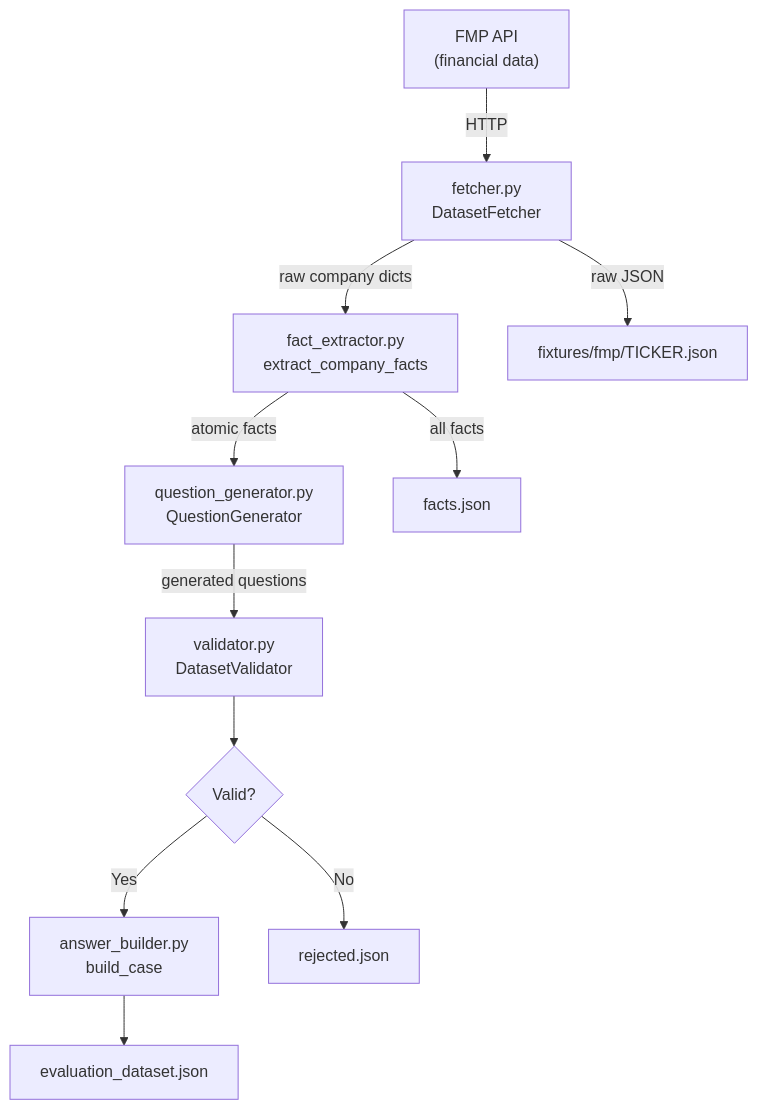
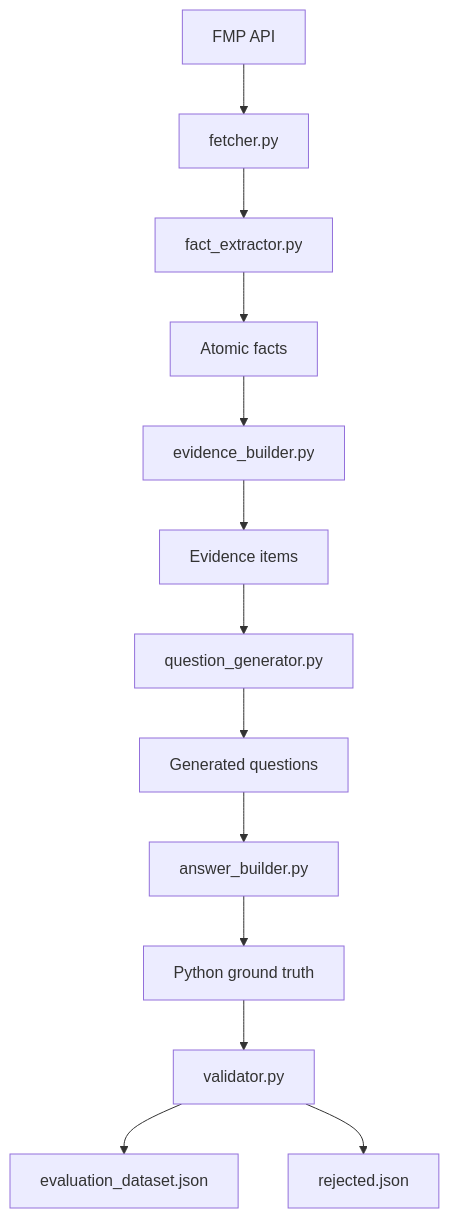
One commit to ankeshwar004/Data_Agent changed the diagram in evals/dataset_generator/README.md. Above: the diagram before and after it, drawn with Mermaid. The commit also changed other lines of this file, not shown here.

Commit message:
Document evidence-based dataset generation architecture

````diff
--- a/evals/dataset_generator/README.md
+++ b/evals/dataset_generator/README.md
@@ -40,13 +10,15 @@
-```mermaid
+~~~mermaid
 flowchart TD
-    A["FMP API\n(financial data)"] -->|HTTP| B["fetcher.py\nDatasetFetcher"]
-    B -->|raw company dicts| C["fact_extractor.py\nextract_company_facts"]
-    C -->|atomic facts| D["question_generator.py\nQuestionGenerator"]
-    D -->|generated questions| E["validator.py\nDatasetValidator"]
-    E --> F{Valid?}
-    F -->|Yes| G["answer_builder.py\nbuild_case"]
-    G --> H["evaluation_dataset.json"]
-    F -->|No| I["rejected.json"]
-    B -->|raw JSON| J["fixtures/fmp/TICKER.json"]
-    C -->|all facts| K["facts.json"]
-```
+    A["FMP API"] --> B["fetcher.py"]
+    B --> C["fact_extractor.py"]
+    C --> D["Atomic facts"]
+    D --> E["evidence_builder.py"]
+    E --> F["Evidence items"]
+    F --> G["question_generator.py"]
+    G --> H["Generated questions"]
+    H --> I["answer_builder.py"]
+    I --> J["Python ground truth"]
+    J --> K["validator.py"]
+    K --> L["evaluation_dataset.json"]
+    K --> M["rejected.json"]
+~~~
````
